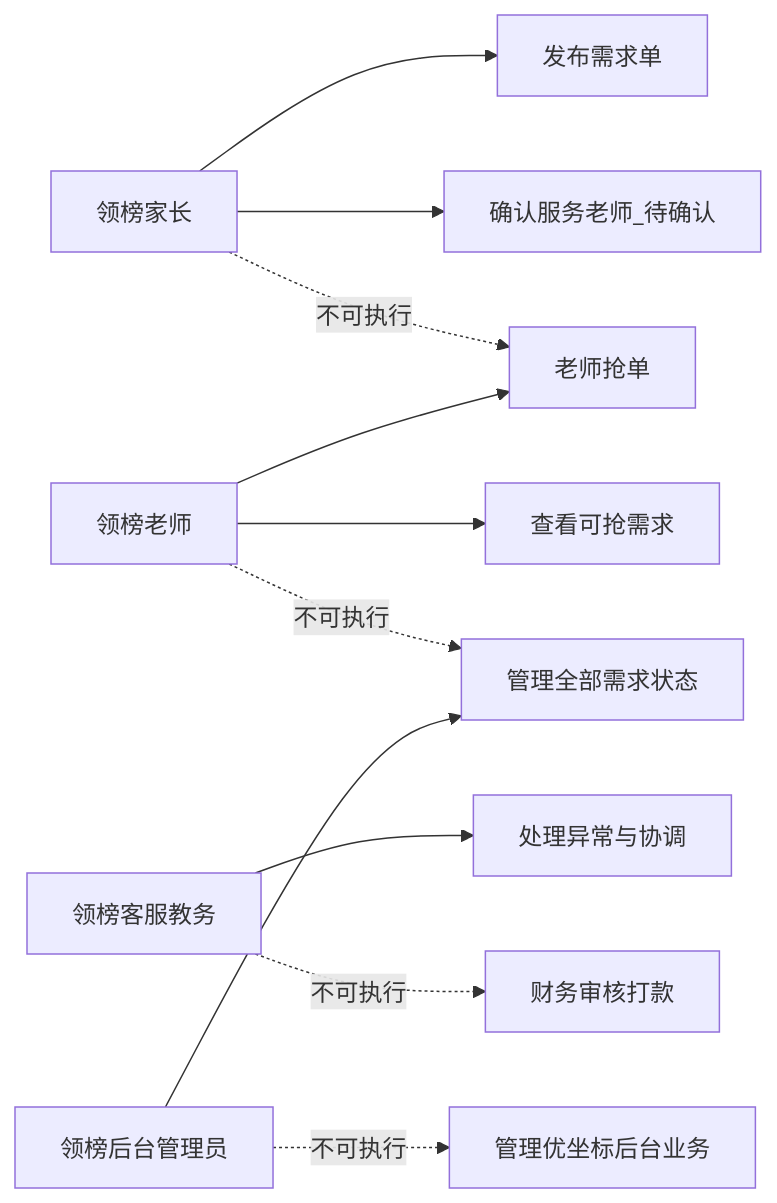
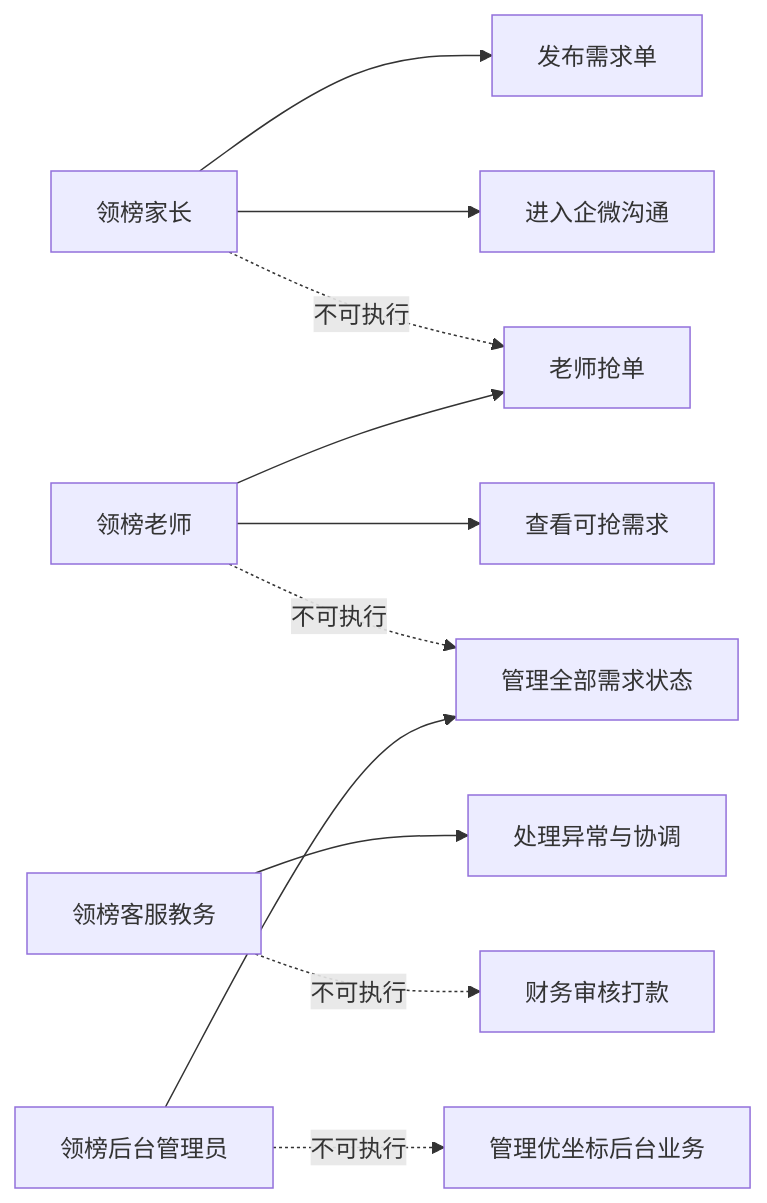
One commit to xyf394175606-arch/yzb changed the fifth of 5 diagrams in 06_业务流程/业务流程_领榜教育C2C流程_v1_20260603.md. Above: the diagram before and after it, drawn with Mermaid. The commit also changed other lines of this file and 6 other files, not shown here.

````diff
--- a/06_业务流程/业务流程_领榜教育C2C流程_v1_20260603.md
+++ b/06_业务流程/业务流程_领榜教育C2C流程_v1_20260603.md
@@ -373,13 +394,13 @@
 ```mermaid
 flowchart LR
   P[领榜家长] --> P1[发布需求单]
-  P --> P2[确认服务老师_待确认]
+  P --> P2[进入企微沟通]
   P -.不可执行.-> T2[老师抢单]
   T[领榜老师] --> T1[查看可抢需求]
   T --> T2
   T -.不可执行.-> A1[管理全部需求状态]
   O[领榜客服教务] --> O1[处理异常与协调]
   O -.不可执行.-> F1[财务审核打款]
   A[领榜后台管理员] --> A1
   A -.不可执行.-> U1[管理优坐标后台业务]
 ```
````
